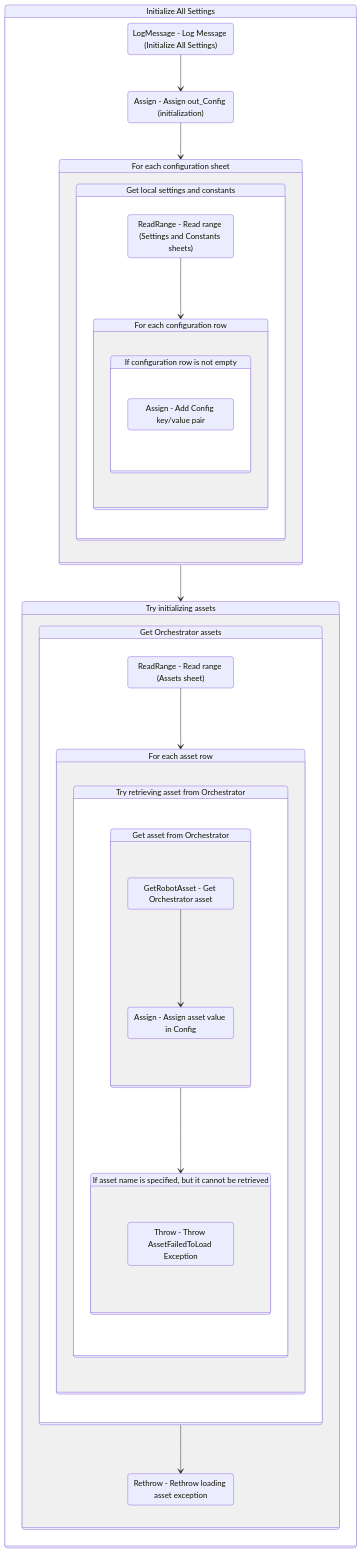
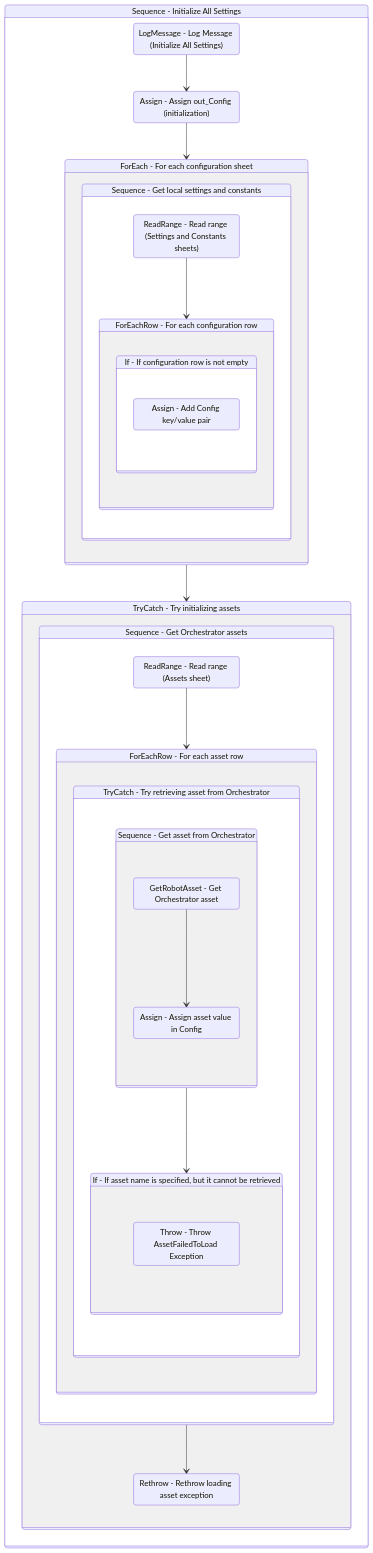
One commit to yashbrahmbhatt/LazyFramework changed the diagram in Documentation/.templates/Performers/REFramework/Framework/InitAllSettings.md. Above: the diagram before and after it, drawn with Mermaid. The commit also changed other lines of this file and 78 other files, not shown here.

````diff
--- a/Documentation/.templates/Performers/REFramework/Framework/InitAllSettings.md
+++ b/Documentation/.templates/Performers/REFramework/Framework/InitAllSettings.md
@@ -91,71 +91,71 @@
 ```mermaid
 stateDiagram-v2
 
 
-Sequence_5: Initialize All Settings
+Sequence_5: Sequence - Initialize All Settings
 state Sequence_5 {
 direction TB
 LogMessage_2 : LogMessage - Log Message (Initialize All Settings)
 Assign_1 : Assign - Assign out_Config (initialization)
 LogMessage_2 --> Assign_1
 Assign_1 --> ForEach1_1
-ForEach1_1: For each configuration sheet
+ForEach1_1: ForEach - For each configuration sheet
 state ForEach1_1 {
 direction TB
 
-Sequence_2: Get local settings and constants
+Sequence_2: Sequence - Get local settings and constants
 state Sequence_2 {
 direction TB
 ReadRange_1 : ReadRange - Read range (Settings and Constants sheets)
 ReadRange_1 --> ForEachRow_1
-ForEachRow_1: For each configuration row
+ForEachRow_1: ForEachRow - For each configuration row
 state ForEachRow_1 {
 direction TB
 
-If_1: If configuration row is not empty
+If_1: If - If configuration row is not empty
 state If_1 {
 direction TB
 Assign_2 : Assign - Add Config key/value pair
 }
 }
 }
 }
 ForEach1_1 --> TryCatch_2
-TryCatch_2: Try initializing assets
+TryCatch_2: TryCatch - Try initializing assets
 state TryCatch_2 {
 direction TB
 
-Sequence_4: Get Orchestrator assets
+Sequence_4: Sequence - Get Orchestrator assets
 state Sequence_4 {
 direction TB
 ReadRange_2 : ReadRange - Read range (Assets sheet)
 ReadRange_2 --> ForEachRow_2
-ForEachRow_2: For each asset row
+ForEachRow_2: ForEachRow - For each asset row
 state ForEachRow_2 {
 direction TB
 
-TryCatch_1: Try retrieving asset from Orchestrator
+TryCatch_1: TryCatch - Try retrieving asset from Orchestrator
 state TryCatch_1 {
 direction TB
 
-Sequence_3: Get asset from Orchestrator
+Sequence_3: Sequence - Get asset from Orchestrator
 state Sequence_3 {
 direction TB
 GetRobotAsset_1 : GetRobotAsset - Get Orchestrator asset
 Assign_3 : Assign - Assign asset value in Config
 GetRobotAsset_1 --> Assign_3
 }
 Sequence_3 --> If_2
-If_2: If asset name is specified, but it cannot be retrieved
+If_2: If - If asset name is specified, but it cannot be retrieved
 state If_2 {
 direction TB
 Throw_1 : Throw - Throw AssetFailedToLoad Exception
 }
 }
 }
 }
 Rethrow_1 : Rethrow - Rethrow loading asset exception
 Sequence_4 --> Rethrow_1
 }
 }
 ```
````
